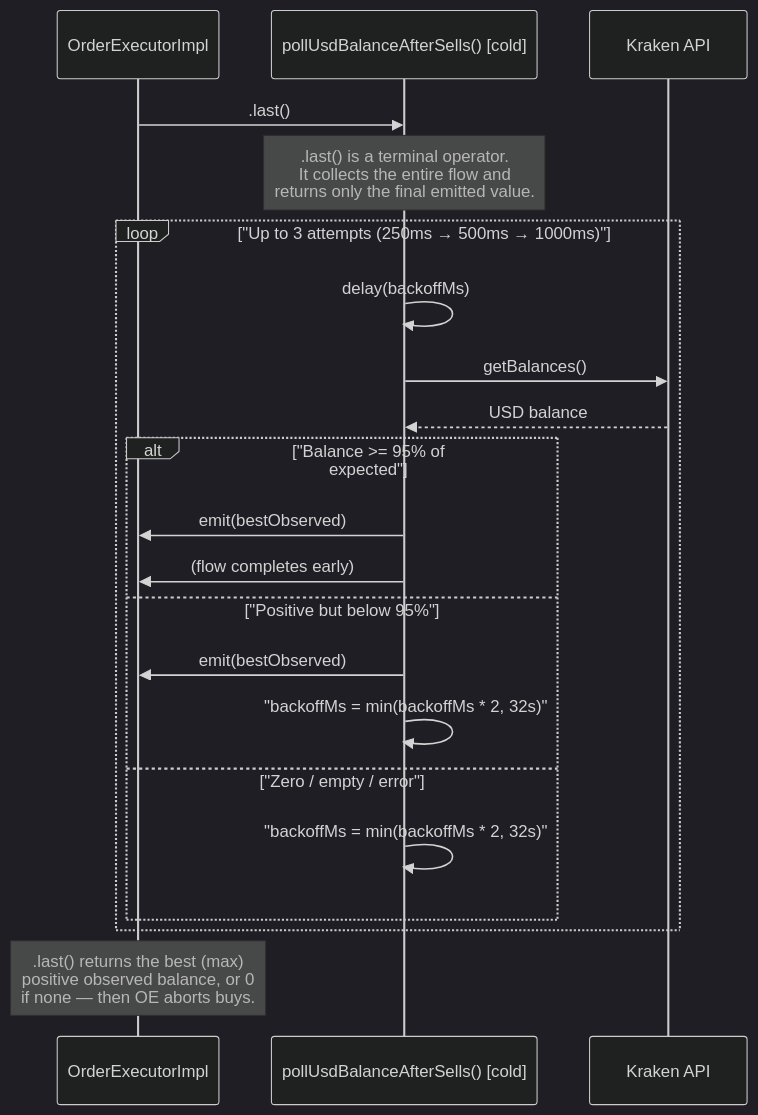
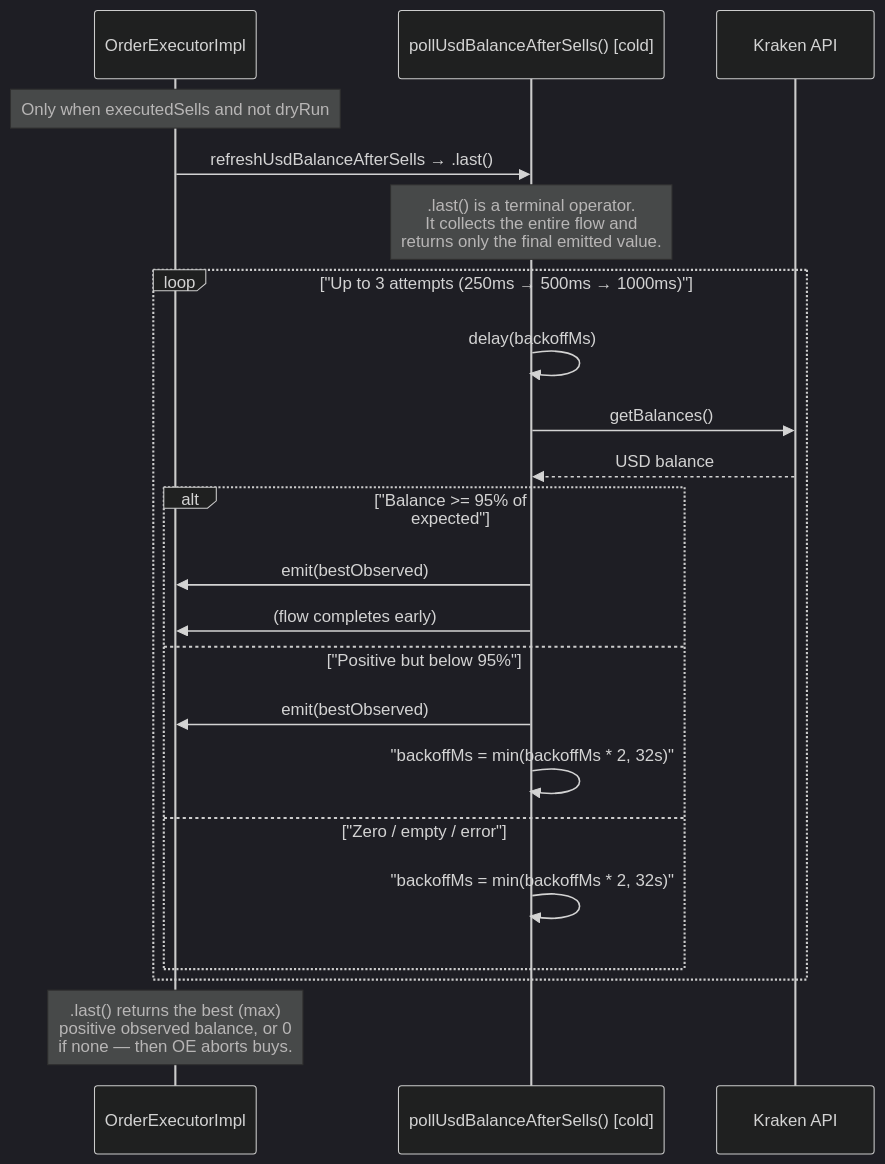
The fifth of 5 diagrams in docs/FLOWS.md (HyperVon/new-kraken-rebalancer), drawn with Mermaid (dark theme) before and after one commit. The commit also changed other lines of this file and 17 other files, not shown here.

````diff
--- a/docs/FLOWS.md
+++ b/docs/FLOWS.md
@@ -203,26 +217,27 @@
 ```mermaid
 sequenceDiagram
     participant OE as OrderExecutorImpl
     participant Flow as pollUsdBalanceAfterSells() [cold]
     participant API as Kraken API
 
-    OE->>Flow: .last()
+    note over OE: Only when executedSells and not dryRun
+    OE->>Flow: refreshUsdBalanceAfterSells → .last()
     note over Flow: .last() is a terminal operator.<br/>It collects the entire flow and<br/>returns only the final emitted value.
 
     loop "Up to 3 attempts (250ms → 500ms → 1000ms)"
         Flow->>Flow: delay(backoffMs)
         Flow->>API: getBalances()
         API-->>Flow: USD balance
         alt "Balance >= 95% of expected"
             Flow->>OE: emit(bestObserved)
             Flow->>OE: (flow completes early)
         else "Positive but below 95%"
             Flow->>OE: emit(bestObserved)
             Flow->>Flow: "backoffMs = min(backoffMs * 2, 32s)"
         else "Zero / empty / error"
             Flow->>Flow: "backoffMs = min(backoffMs * 2, 32s)"
         end
     end
 
     note over OE: .last() returns the best (max)<br/>positive observed balance, or 0<br/>if none — then OE aborts buys.
 ```
````
